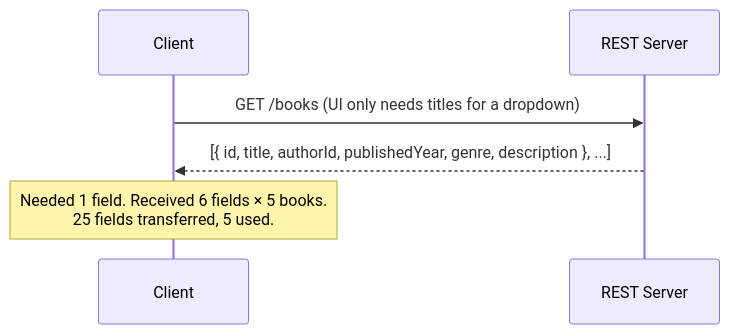
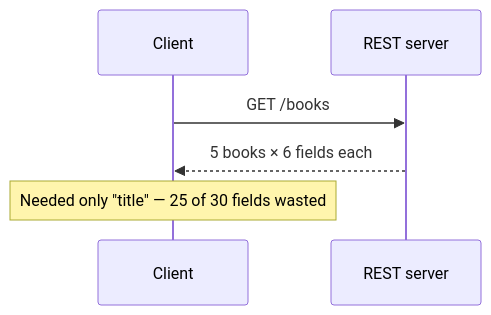
One commit to vaisakh-vn/api-comparison changed the fourth of 13 diagrams in README.md. Above: the diagram before and after it, drawn with Mermaid. The commit also changed other lines of this file, not shown here.

First line of the commit message:
Fix README diagram colors and correct gRPC comparison

````diff
--- a/README.md
+++ b/README.md
@@ -156,9 +160,9 @@
 ```mermaid
 sequenceDiagram
     participant C as Client
-    participant S as REST Server
+    participant S as REST server
 
-    C->>S: GET /books  (UI only needs titles for a dropdown)
-    S-->>C: [{ id, title, authorId, publishedYear, genre, description }, ...]
-    Note over C: Needed 1 field. Received 6 fields × 5 books.<br/>25 fields transferred, 5 used.
+    C->>S: GET /books
+    S-->>C: 5 books × 6 fields each
+    Note over C: Needed only "title" — 25 of 30 fields wasted
 ```
````
